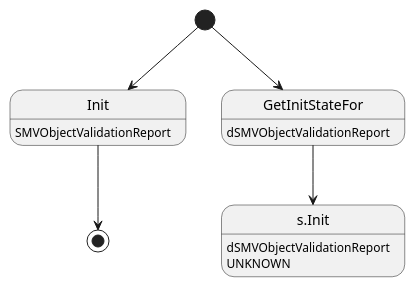
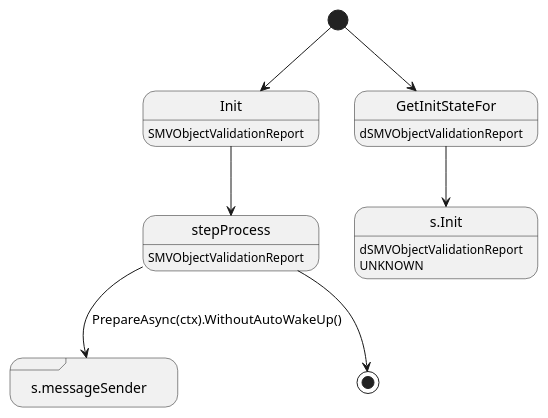
One commit to insolar/assured-ledger changed the diagram in ledger-core/virtual/handlers/vobjectvalidationreport.plantuml. Above: the diagram before and after it, drawn with PlantUML.

Commit message:
PLAT-763: uml fix

```diff
--- a/ledger-core/virtual/handlers/vobjectvalidationreport.plantuml
+++ b/ledger-core/virtual/handlers/vobjectvalidationreport.plantuml
@@ -1,13 +1,18 @@
 @startuml
 state "Init" as T01_S001
 T01_S001 : SMVObjectValidationReport
 [*] --> T01_S001
-T01_S001 --> [*]
+T01_S001 --> T01_S002
+state "s.messageSender" as T01_S003 <<sdlreceive>>
+state "stepProcess" as T01_S002
+T01_S002 : SMVObjectValidationReport
+T01_S002 --> T01_S003 : PrepareAsync(ctx).WithoutAutoWakeUp()
+T01_S002 --> [*]
 state "GetInitStateFor" as T00_S001
 T00_S001 : dSMVObjectValidationReport
 [*] --> T00_S001
 state "s.Init" as T00_U001
 T00_U001 : dSMVObjectValidationReport
 T00_U001 : UNKNOWN 
 T00_S001 --> T00_U001
 @enduml
```
